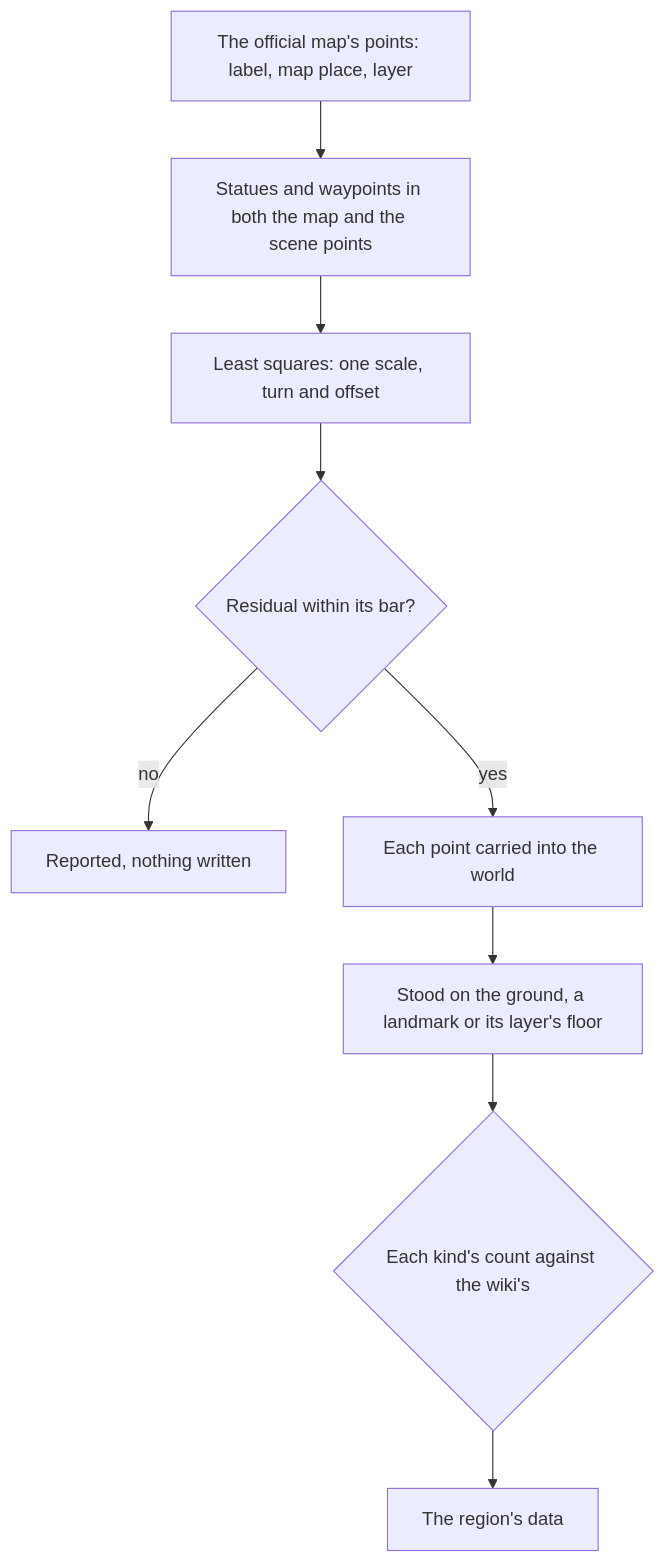
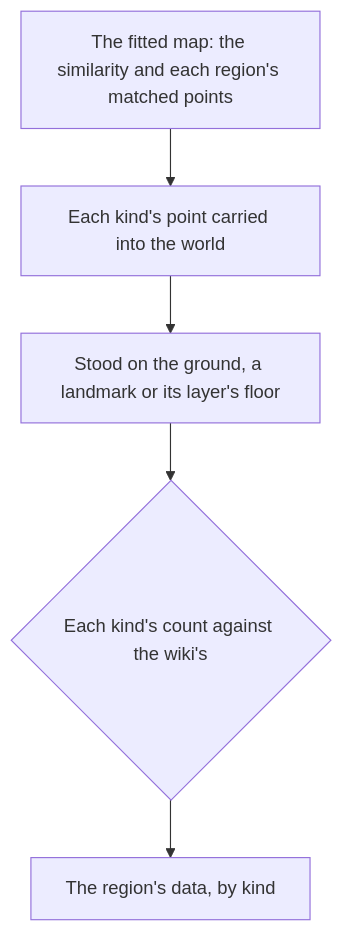
One commit to Esposter/Esposter changed the diagram in apps/web/content/docs/proposals/genshin/spawned-places.md. Above: the diagram before and after it, drawn with Mermaid. The commit also changed other lines of this file and 3 other files, not shown here.

First line of the commit message:
docs(genshin): the spawned places' read and fit are built, the map's statues and waypoints fitted to the scene's transport points with the residual and the wiki's Oculi counts, the as-built page and its index rows land, and the proposal keeps the kinds still to place

````diff
--- a/apps/web/content/docs/proposals/genshin/spawned-places.md
+++ b/apps/web/content/docs/proposals/genshin/spawned-places.md
@@ -21,11 +19,7 @@
 ```mermaid
 flowchart TD
-  MAP["The official map's points: label, map place, layer"] --> PAIRS["Statues and waypoints in both the map and the scene points"]
-  PAIRS --> FIT["Least squares: one scale, turn and offset"]
-  FIT --> GATE{"Residual within its bar?"}
-  GATE -->|"no"| REPORT["Reported, nothing written"]
-  GATE -->|"yes"| PLACE["Each point carried into the world"]
+  FIT["The fitted map: the similarity and each region's matched points"] --> PLACE["Each kind's point carried into the world"]
   PLACE --> HEIGHT["Stood on the ground, a landmark or its layer's floor"]
   HEIGHT --> COUNT{"Each kind's count against the wiki's"}
-  COUNT --> DATA["The region's data"]
+  COUNT --> DATA["The region's data, by kind"]
 ```
````
